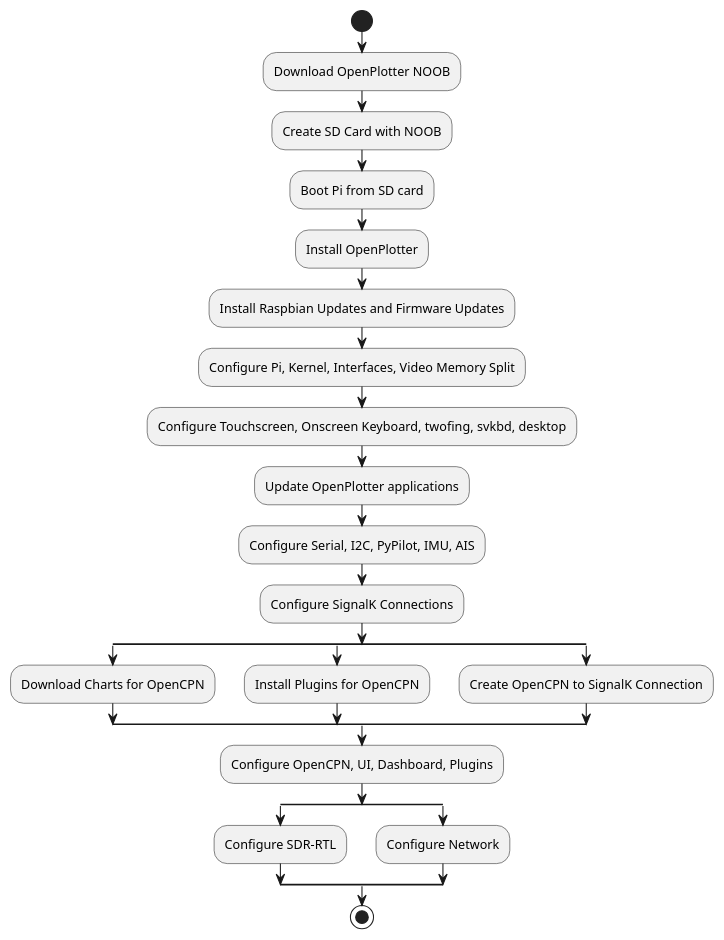
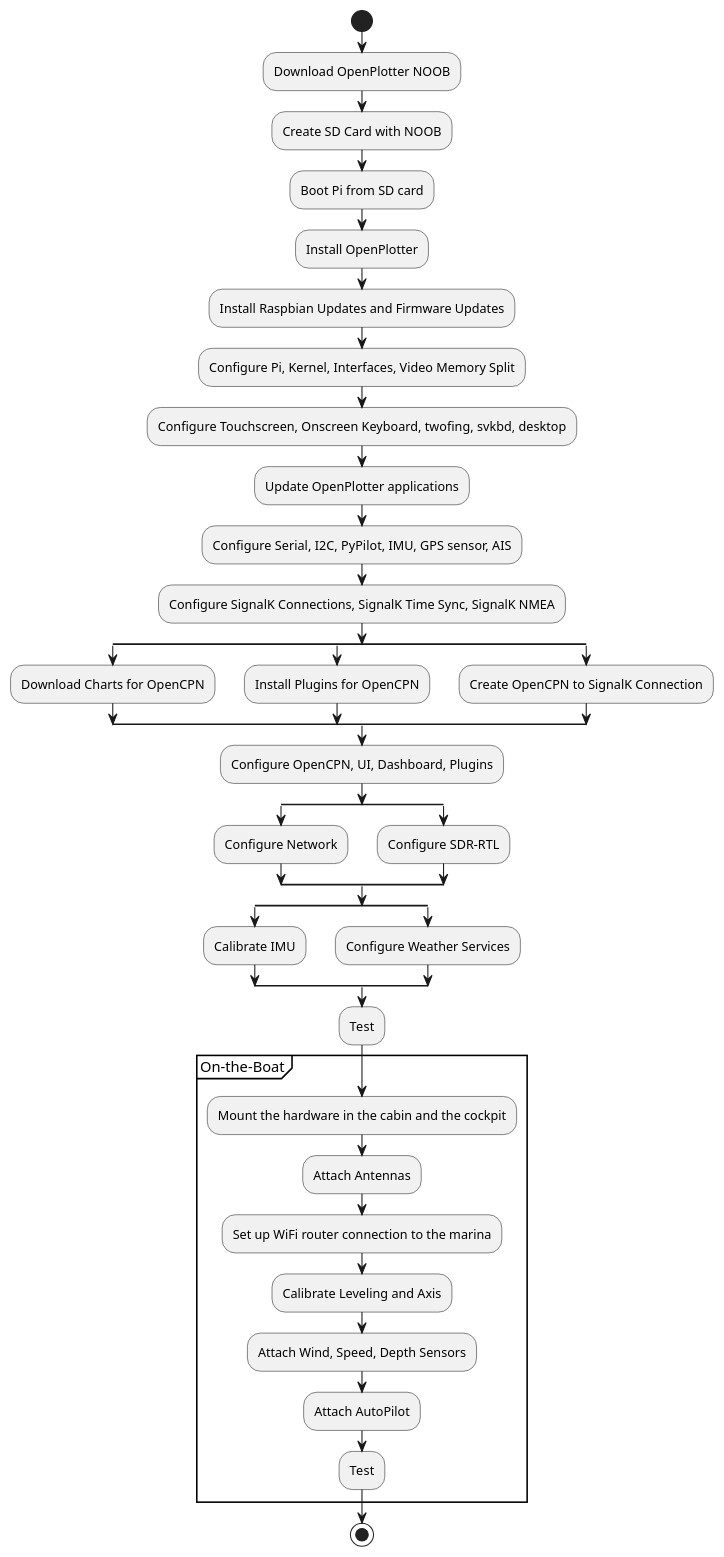
Before and after one commit to bareboat-necessities/my-bareboat: the diagram in docs/plantuml/basic-install-steps.puml, drawn with PlantUML.

Commit message:
more documentation

```diff
--- a/docs/plantuml/basic-install-steps.puml
+++ b/docs/plantuml/basic-install-steps.puml
@@ -1,27 +1,43 @@
 @startuml
 start
 :Download OpenPlotter NOOB;
 :Create SD Card with NOOB;
 :Boot Pi from SD card;
 :Install OpenPlotter;
 :Install Raspbian Updates and Firmware Updates;
 :Configure Pi, Kernel, Interfaces, Video Memory Split;
 :Configure Touchscreen, Onscreen Keyboard, twofing, svkbd, desktop;
 :Update OpenPlotter applications;
-:Configure Serial, I2C, PyPilot, IMU, AIS;
-:Configure SignalK Connections;
+:Configure Serial, I2C, PyPilot, IMU, GPS sensor, AIS;
+:Configure SignalK Connections, SignalK Time Sync, SignalK NMEA;
 split
  :Download Charts for OpenCPN;
 split again
  :Install Plugins for OpenCPN;
 split again
  :Create OpenCPN to SignalK Connection;
 end split
 :Configure OpenCPN, UI, Dashboard, Plugins;
 split
+:Configure Network;
+split again
 :Configure SDR-RTL;
+end split
+split
+:Calibrate IMU;
 split again
-:Configure Network;
+:Configure Weather Services;
 end split
+:Test;
+partition On-the-Boat {
+	:Mount the hardware in the cabin and the cockpit;
+	:Attach Antennas;
+	:Set up WiFi router connection to the marina;
+	:Calibrate Leveling and Axis;
+	:Attach Wind, Speed, Depth Sensors;
+	:Attach AutoPilot;
+	:Test;
+}
+
 stop
 @enduml
```
